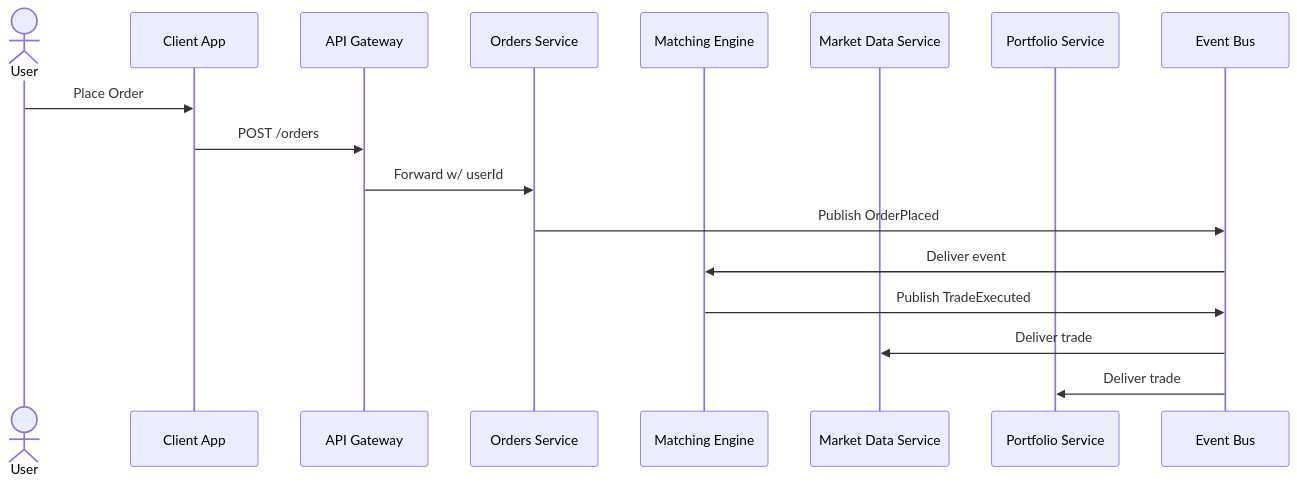
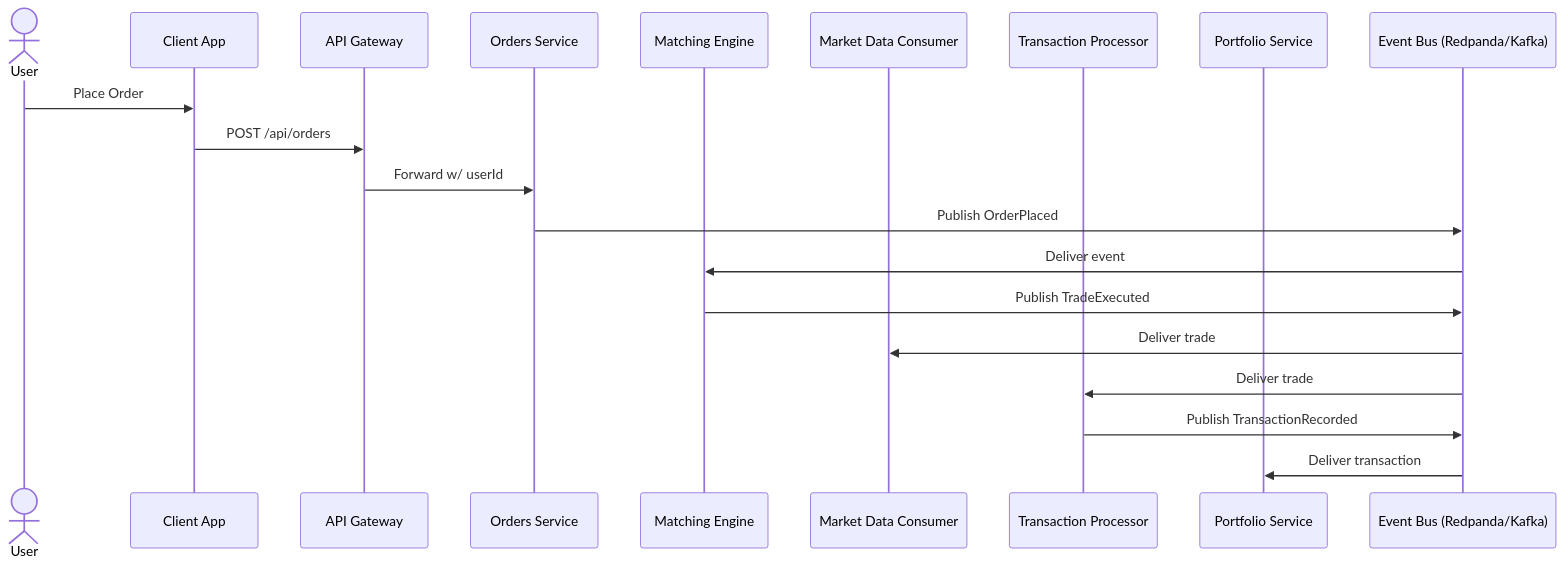
One commit to VictoriousWealth/tradestream changed the first of 2 diagrams in docs/tradestream-prd.md. Above: the diagram before and after it, drawn with Mermaid. The commit also changed other lines of this file, not shown here.

````diff
--- a/docs/tradestream-prd.md
+++ b/docs/tradestream-prd.md
@@ -106,20 +107,23 @@
 ```mermaid
 sequenceDiagram
     actor U as User
     participant C as Client App
     participant G as API Gateway
     participant O as Orders Service
     participant ME as Matching Engine
-    participant MD as Market Data Service
+    participant MD as Market Data Consumer
+    participant TP as Transaction Processor
     participant PF as Portfolio Service
-    participant B as Event Bus
+    participant B as Event Bus (Redpanda/Kafka)
 
     U->>C: Place Order
-    C->>G: POST /orders
+    C->>G: POST /api/orders
     G->>O: Forward w/ userId
     O->>B: Publish OrderPlaced
     B->>ME: Deliver event
     ME->>B: Publish TradeExecuted
     B->>MD: Deliver trade
-    B->>PF: Deliver trade
+    B->>TP: Deliver trade
+    TP->>B: Publish TransactionRecorded
+    B->>PF: Deliver transaction
 ```
````
